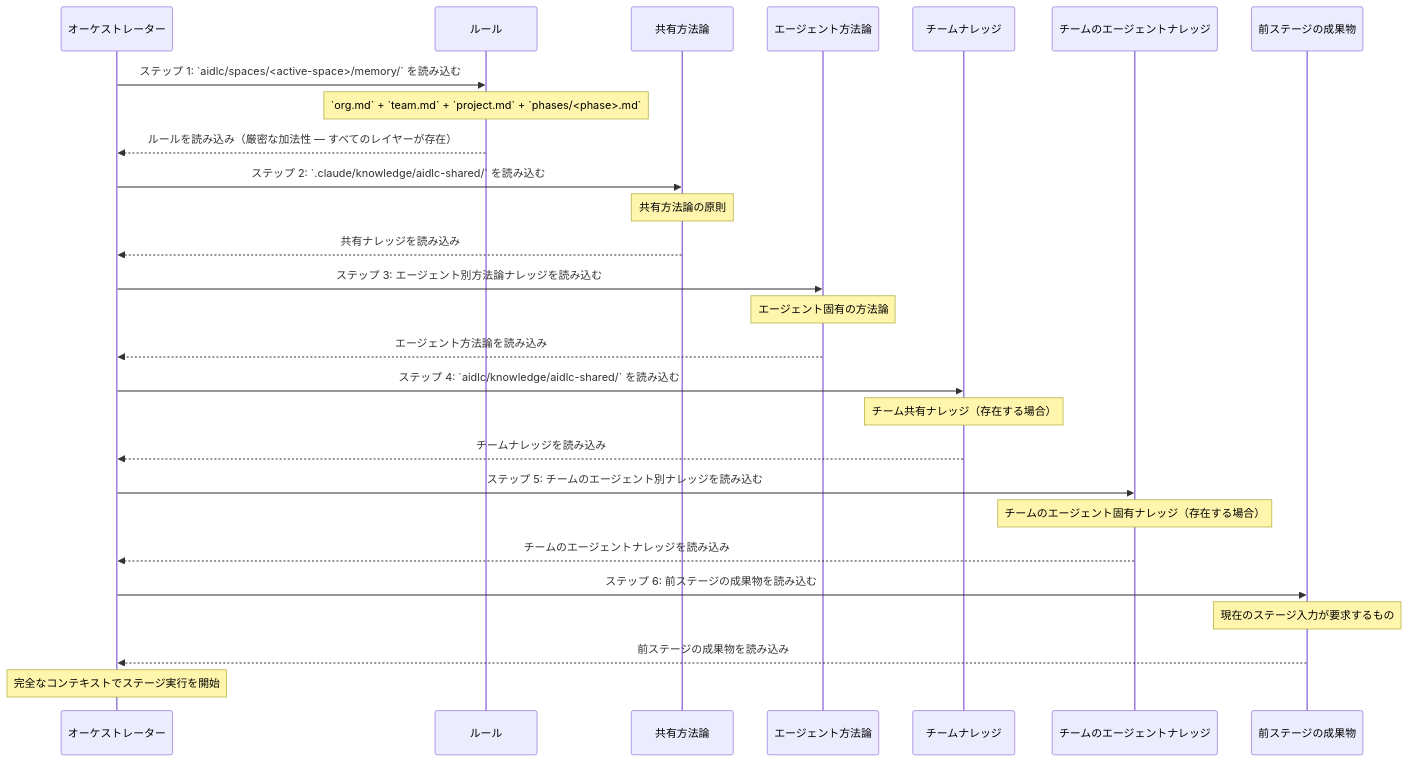
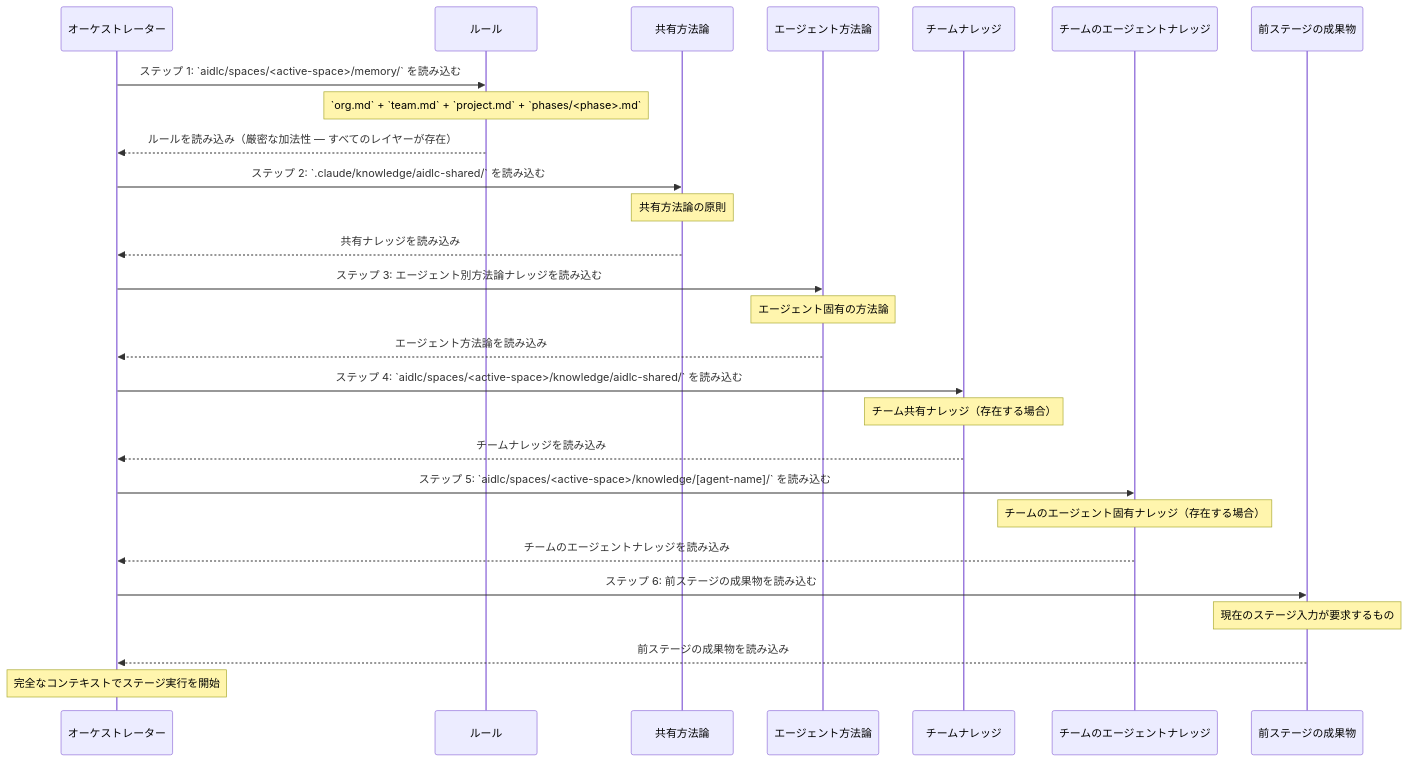
One commit to otomatty/aidlc-guide changed the ninth of 12 diagrams in docs/reference/ja/diagrams.md. Above: the diagram before and after it, drawn with Mermaid. The commit also changed other lines of this file and 740 other files, not shown here.

````diff
--- a/docs/reference/ja/diagrams.md
+++ b/docs/reference/ja/diagrams.md
@@ -425,36 +425,36 @@
 ```mermaid
 sequenceDiagram
     participant O as オーケストレーター
     participant G as ルール
     participant SM as 共有方法論
     participant AM as エージェント方法論
     participant TK as チームナレッジ
     participant TAK as チームのエージェントナレッジ
     participant PA as 前ステージの成果物
 
     O->>G: ステップ 1: `aidlc/spaces/<active-space>/memory/` を読み込む
     Note over G: `org.md` + `team.md` + `project.md` + `phases/<phase>.md`
     G-->>O: ルールを読み込み（厳密な加法性 — すべてのレイヤーが存在）
 
     O->>SM: ステップ 2: `.claude/knowledge/aidlc-shared/` を読み込む
     Note over SM: 共有方法論の原則
     SM-->>O: 共有ナレッジを読み込み
 
     O->>AM: ステップ 3: エージェント別方法論ナレッジを読み込む
     Note over AM: エージェント固有の方法論
     AM-->>O: エージェント方法論を読み込み
 
-    O->>TK: ステップ 4: `aidlc/knowledge/aidlc-shared/` を読み込む
+    O->>TK: ステップ 4: `aidlc/spaces/<active-space>/knowledge/aidlc-shared/` を読み込む
     Note over TK: チーム共有ナレッジ（存在する場合）
     TK-->>O: チームナレッジを読み込み
 
-    O->>TAK: ステップ 5: チームのエージェント別ナレッジを読み込む
+    O->>TAK: ステップ 5: `aidlc/spaces/<active-space>/knowledge/[agent-name]/` を読み込む
     Note over TAK: チームのエージェント固有ナレッジ（存在する場合）
     TAK-->>O: チームのエージェントナレッジを読み込み
 
     O->>PA: ステップ 6: 前ステージの成果物を読み込む
     Note over PA: 現在のステージ入力が要求するもの
     PA-->>O: 前ステージの成果物を読み込み
 
     Note over O: 完全なコンテキストでステージ実行を開始
 ```
````
